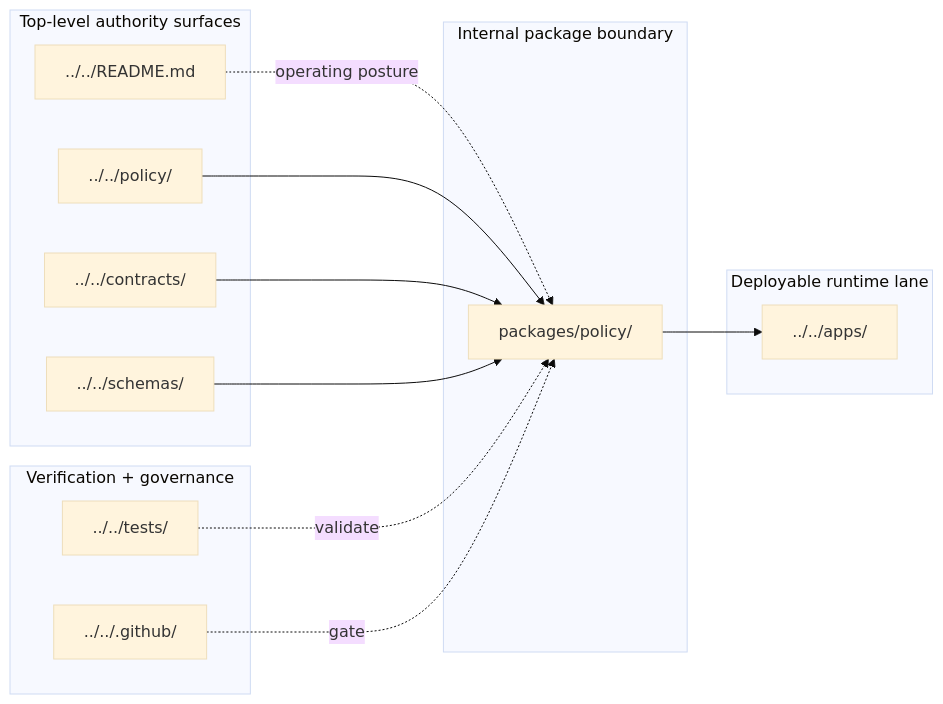
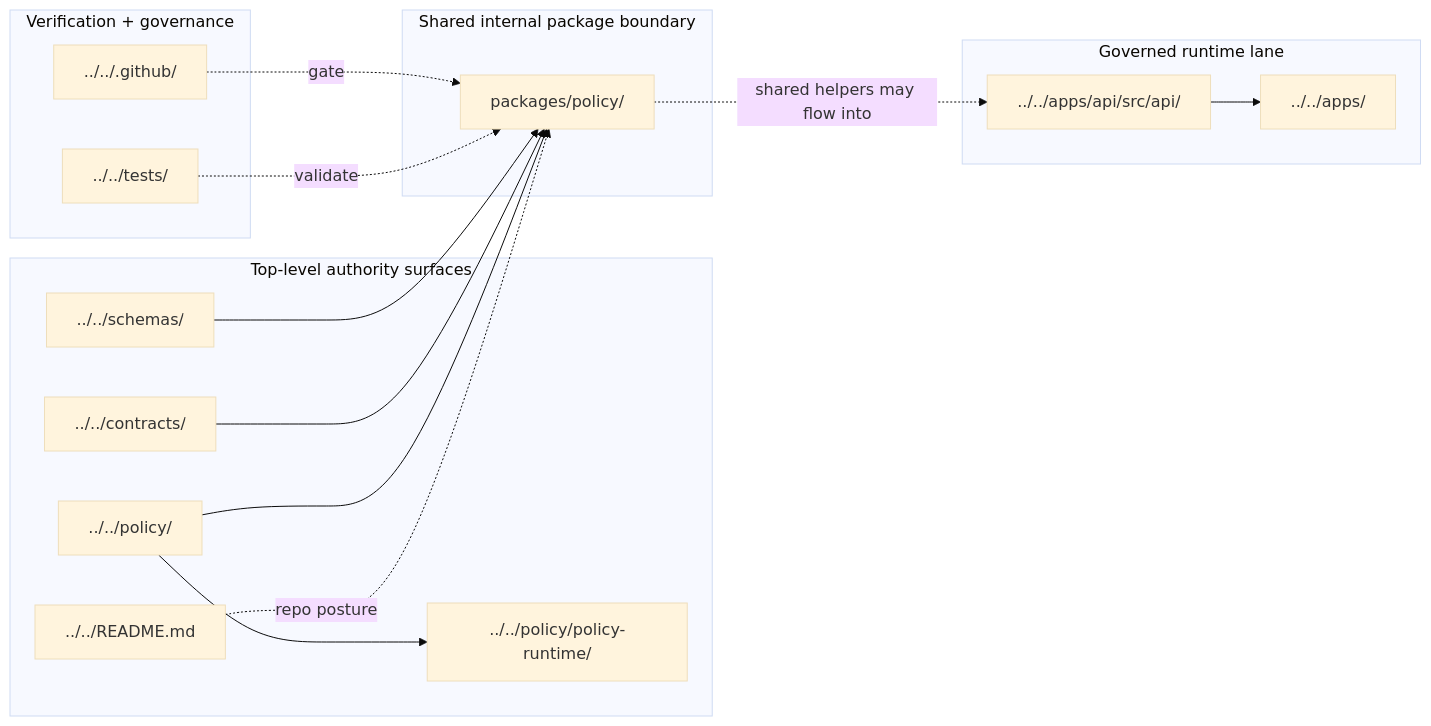
One commit to bartytime4life/Kansas-Frontier-Matrix changed the diagram in packages/policy/README.md. Above: the diagram before and after it, drawn with Mermaid (base theme). The commit also changed other lines of this file, not shown here.

First line of the commit message:
Revise README for packages/policy

````diff
--- a/packages/policy/README.md
+++ b/packages/policy/README.md
@@ -241,30 +273,34 @@
 ```mermaid
 flowchart LR
   subgraph Authority["Top-level authority surfaces"]
     Root["../../README.md"]
     Policy["../../policy/"]
+    RuntimeDoc["../../policy/policy-runtime/"]
     Contracts["../../contracts/"]
     Schemas["../../schemas/"]
   end
 
-  subgraph Package["Internal package boundary"]
+  subgraph Package["Shared internal package boundary"]
     Pkg["packages/policy/"]
   end
 
-  subgraph Runtime["Deployable runtime lane"]
+  subgraph Runtime["Governed runtime lane"]
+    API["../../apps/api/src/api/"]
     Apps["../../apps/"]
   end
 
   subgraph Verify["Verification + governance"]
     Tests["../../tests/"]
     GitHub["../../.github/"]
   end
 
-  Root -. operating posture .-> Pkg
+  Root -. repo posture .-> Pkg
   Policy --> Pkg
+  Policy --> RuntimeDoc
   Contracts --> Pkg
   Schemas --> Pkg
-  Pkg --> Apps
+  Pkg -. shared helpers may flow into .-> API
+  API --> Apps
   Tests -. validate .-> Pkg
   GitHub -. gate .-> Pkg
 ```
````
